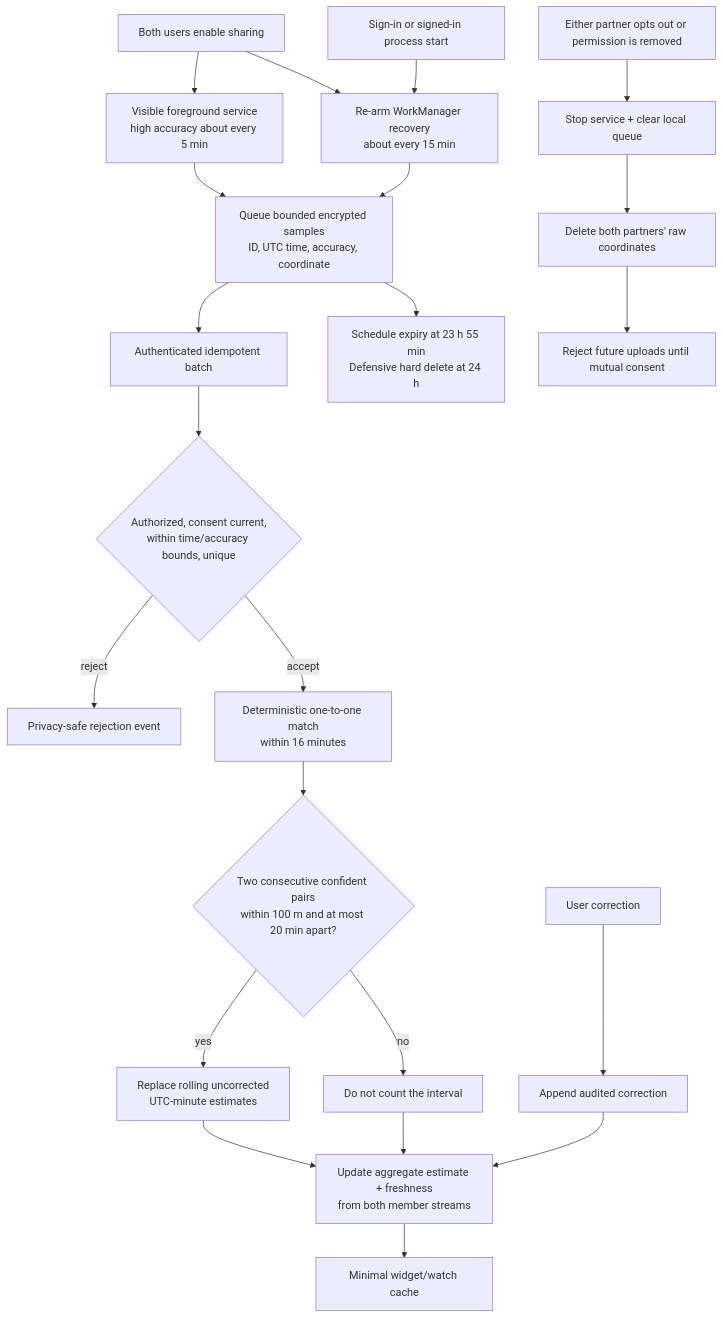
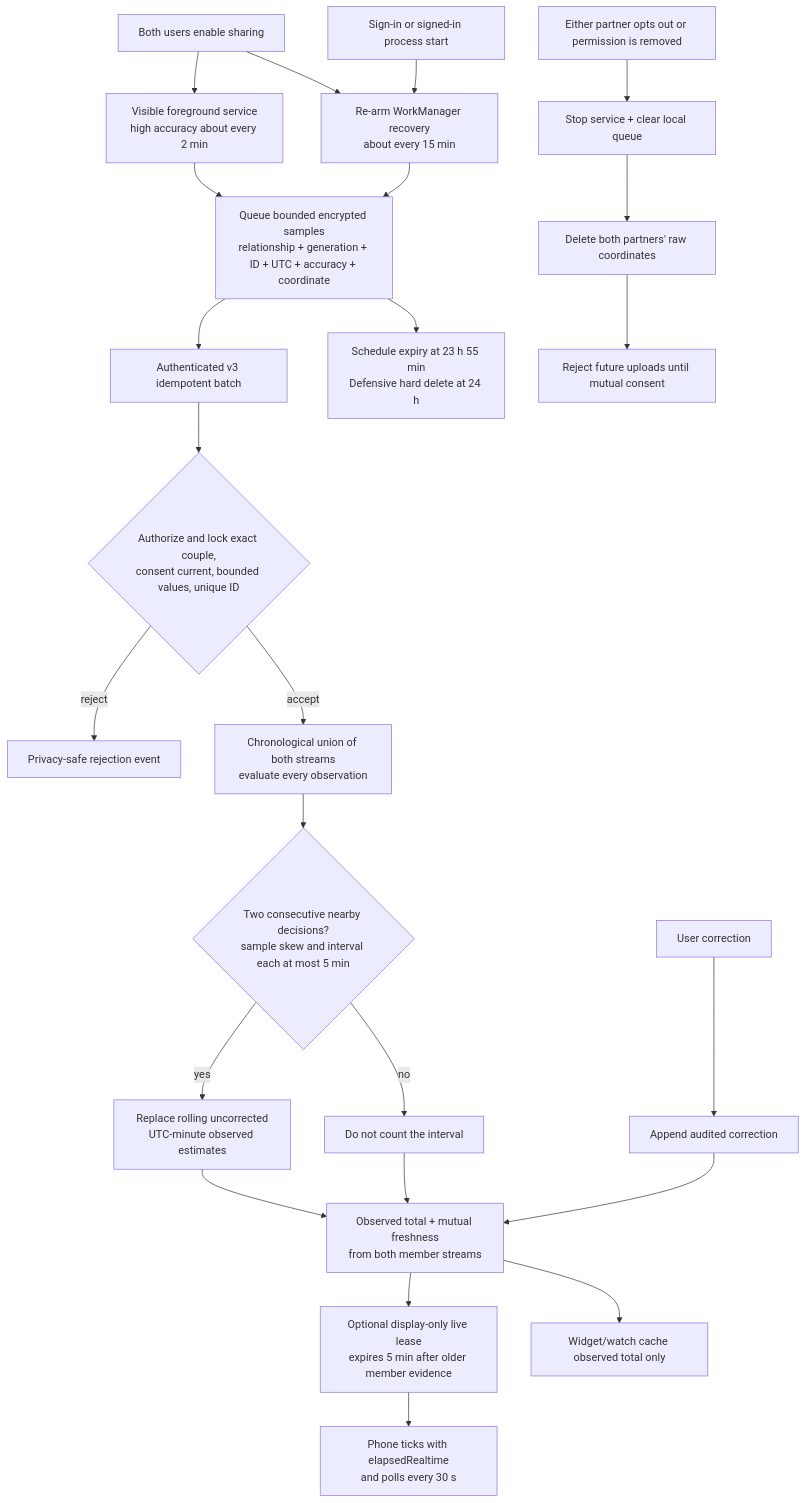
Diagram 12 of 21 in docs/NETWORK-FLOW.md (Captainpax/littleorbit), drawn with Mermaid before and after one commit. The commit also changed other lines of this file and 63 other files, not shown here.

````diff
--- a/docs/NETWORK-FLOW.md
+++ b/docs/NETWORK-FLOW.md
@@ -318,24 +318,26 @@
 ```mermaid
 flowchart TD
-    Consent[Both users enable sharing] --> FGS[Visible foreground service<br/>high accuracy about every 5 min]
+    Consent[Both users enable sharing] --> FGS[Visible foreground service<br/>high accuracy about every 2 min]
     SignIn[Sign-in or signed-in process start] --> Fallback[Re-arm WorkManager recovery<br/>about every 15 min]
     Consent --> Fallback
-    FGS --> Samples[Queue bounded encrypted samples<br/>ID, UTC time, accuracy, coordinate]
+    FGS --> Samples[Queue bounded encrypted samples<br/>relationship + generation + ID + UTC + accuracy + coordinate]
     Fallback --> Samples
-    Samples --> Upload[Authenticated idempotent batch]
-    Upload --> Checks{Authorized, consent current,<br/>within time/accuracy bounds, unique}
+    Samples --> Upload[Authenticated v3 idempotent batch]
+    Upload --> Checks{Authorize and lock exact couple,<br/>consent current, bounded values, unique ID}
     Checks -->|reject| Audit[Privacy-safe rejection event]
-    Checks -->|accept| Match[Deterministic one-to-one match<br/>within 16 minutes]
-    Match --> Threshold{Two consecutive confident pairs<br/>within 100 m and at most 20 min apart?}
-    Threshold -->|yes| Bucket[Replace rolling uncorrected<br/>UTC-minute estimates]
+    Checks -->|accept| Timeline[Chronological union of both streams<br/>evaluate every observation]
+    Timeline --> Threshold{Two consecutive nearby decisions?<br/>sample skew and interval each at most 5 min}
+    Threshold -->|yes| Bucket[Replace rolling uncorrected<br/>UTC-minute observed estimates]
     Threshold -->|no| Skip[Do not count the interval]
-    Bucket --> Estimate[Update aggregate estimate + freshness<br/>from both member streams]
+    Bucket --> Estimate[Observed total + mutual freshness<br/>from both member streams]
     Skip --> Estimate
-    Estimate --> Cache[Minimal widget/watch cache]
+    Estimate --> Lease[Optional display-only live lease<br/>expires 5 min after older member evidence]
+    Lease --> Phone[Phone ticks with elapsedRealtime<br/>and polls every 30 s]
+    Estimate --> Cache[Widget/watch cache observed total only]
     Samples --> Expiry[Schedule expiry at 23 h 55 min<br/>Defensive hard delete at 24 h]
     OptOut[Either partner opts out or permission is removed] --> StopLocal[Stop service + clear local queue]
     StopLocal --> Delete[Delete both partners' raw coordinates]
     Delete --> Stop[Reject future uploads until mutual consent]
     Correction[User correction] --> CorrectionAudit[Append audited correction]
     CorrectionAudit --> Estimate
 ```
````
